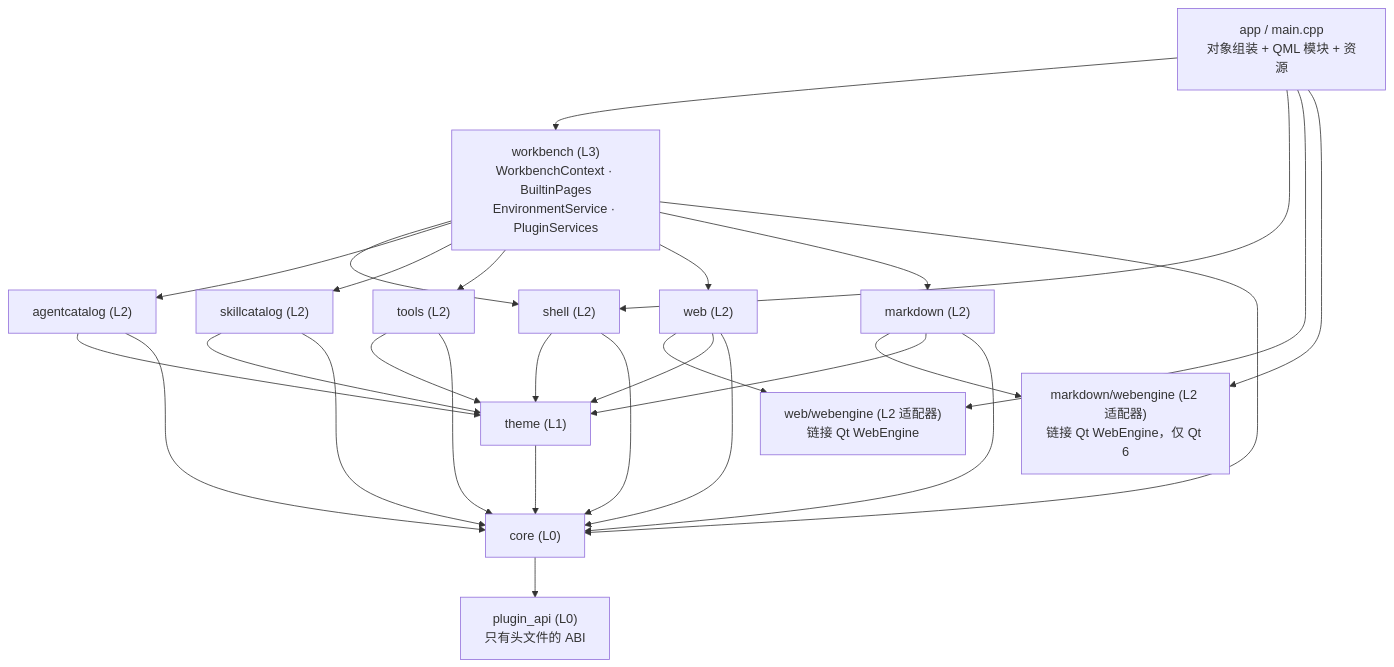
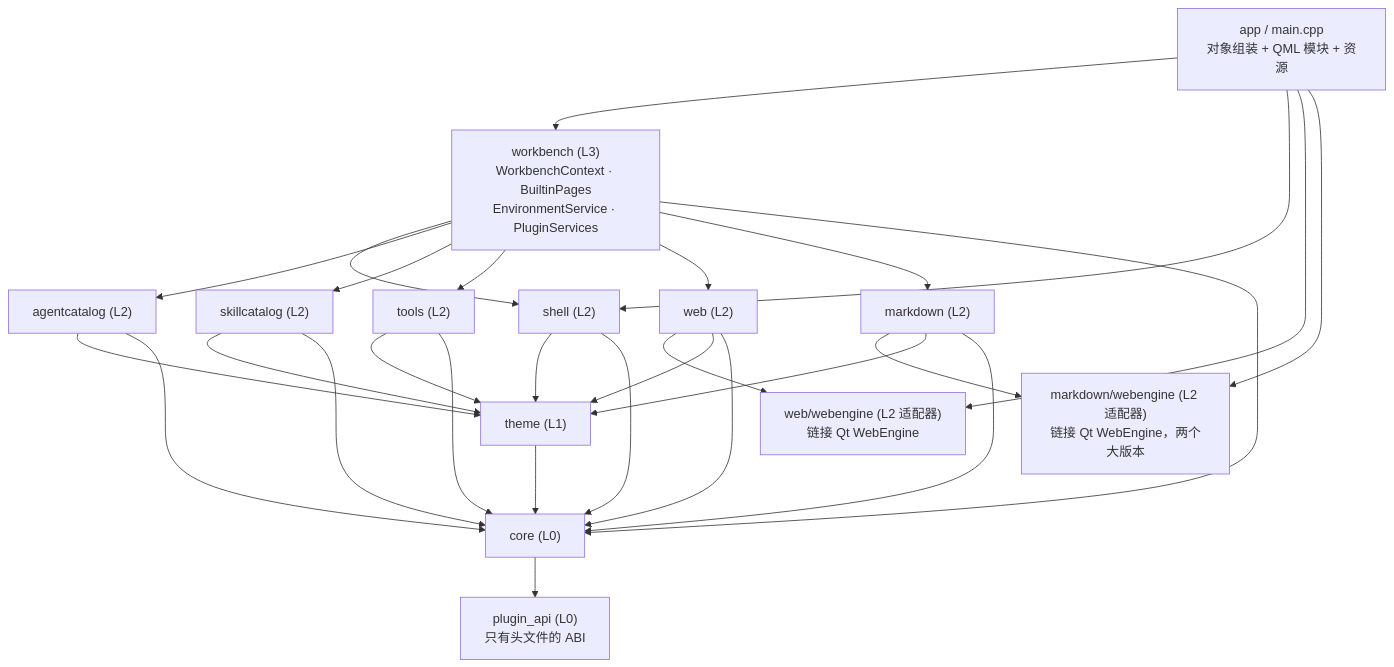
One commit to czyt1988/AgentWorkbench changed the first of 4 diagrams in docs/zh/architecture/index.md. Above: the diagram before and after it, drawn with Mermaid. The commit also changed other lines of this file and 8 other files, not shown here.

````diff
--- a/docs/zh/architecture/index.md
+++ b/docs/zh/architecture/index.md
@@ -48,44 +48,44 @@
 ```mermaid
 flowchart TB
     app["app / main.cpp<br/>对象组装 + QML 模块 + 资源"]
     workbench["workbench (L3)<br/>WorkbenchContext · BuiltinPages<br/>EnvironmentService · PluginServices"]
     shell["shell (L2)"]
     agentcatalog["agentcatalog (L2)"]
     skillcatalog["skillcatalog (L2)"]
     tools["tools (L2)"]
     web["web (L2)"]
     webengine["web/webengine (L2 适配器)<br/>链接 Qt WebEngine"]
     markdown["markdown (L2)"]
-    mdwebengine["markdown/webengine (L2 适配器)<br/>链接 Qt WebEngine，仅 Qt 6"]
+    mdwebengine["markdown/webengine (L2 适配器)<br/>链接 Qt WebEngine，两个大版本"]
     theme["theme (L1)"]
     core["core (L0)"]
     pluginapi["plugin_api (L0)<br/>只有头文件的 ABI"]
 
     app --> workbench
     app --> shell
     app --> webengine
     app --> mdwebengine
     workbench --> shell
     workbench --> agentcatalog
     workbench --> skillcatalog
     workbench --> tools
     workbench --> web
     workbench --> markdown
     web --> webengine
     markdown --> mdwebengine
     agentcatalog --> theme
     skillcatalog --> theme
     tools --> theme
     markdown --> theme
     web --> theme
     shell --> theme
     theme --> core
     agentcatalog --> core
     skillcatalog --> core
     tools --> core
     markdown --> core
     web --> core
     shell --> core
     workbench --> core
     core --> pluginapi
 ```
````
